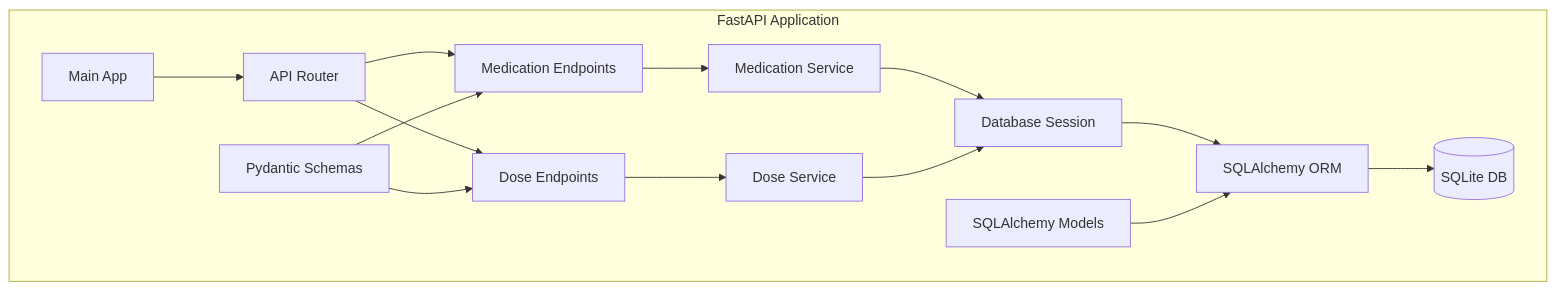
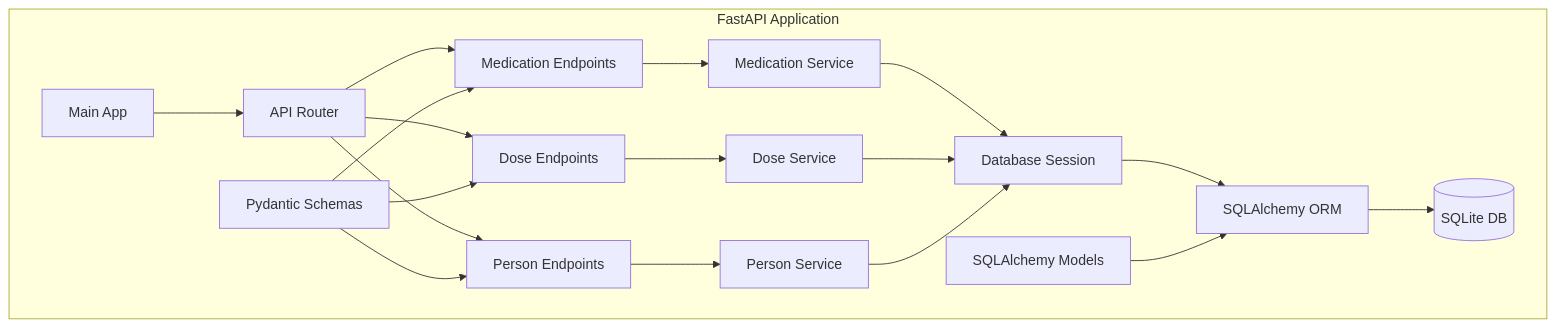
Before and after one commit to sjafferali/meditrack: the third of 9 diagrams in docs/ARCHITECTURE.md, drawn with Mermaid. The commit also changed other lines of this file and 5 other files, not shown here.

````diff
--- a/docs/ARCHITECTURE.md
+++ b/docs/ARCHITECTURE.md
@@ -44,21 +44,25 @@
 ```mermaid
 graph TD
     subgraph FastAPI Application
         A[Main App] --> B[API Router]
         B --> C[Medication Endpoints]
         B --> D[Dose Endpoints]
+        B --> P[Person Endpoints]
         
         C --> E[Medication Service]
         D --> F[Dose Service]
+        P --> PS[Person Service]
         
         E --> G[Database Session]
         F --> G
+        PS --> G
         
         G --> H[SQLAlchemy ORM]
         H --> I[(SQLite DB)]
         
         J[Pydantic Schemas] --> C
         J --> D
+        J --> P
         K[SQLAlchemy Models] --> H
     end
 ```
````
